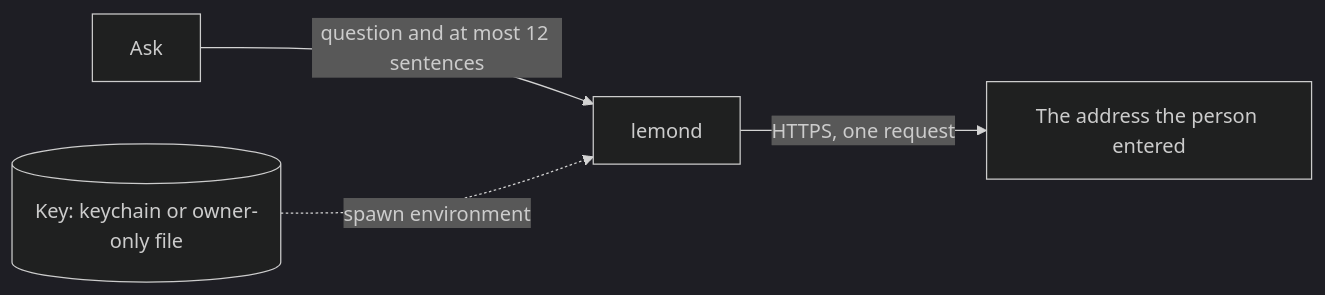
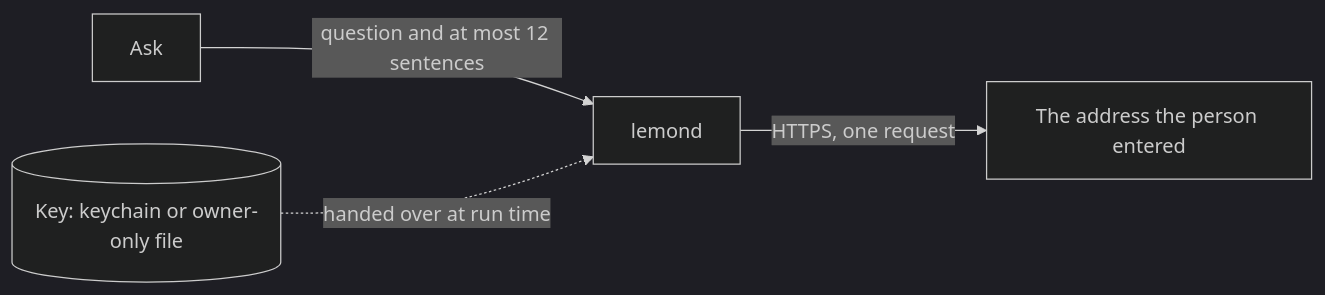
The diagram in docs/architecture/online.md (agync/nocturne), drawn with Mermaid (dark theme) before and after one commit. The commit also changed other lines of this file and 9 other files, not shown here.

````diff
--- a/docs/architecture/online.md
+++ b/docs/architecture/online.md
@@ -17,6 +17,6 @@
 ```mermaid
 flowchart LR
     Ask[Ask] -- question and at most 12 sentences --> LD[lemond]
     LD -- HTTPS, one request --> P[The address the person entered]
-    Key[(Key: keychain or owner-only file)] -. spawn environment .-> LD
+    Key[(Key: keychain or owner-only file)] -. handed over at run time .-> LD
 ```
````
